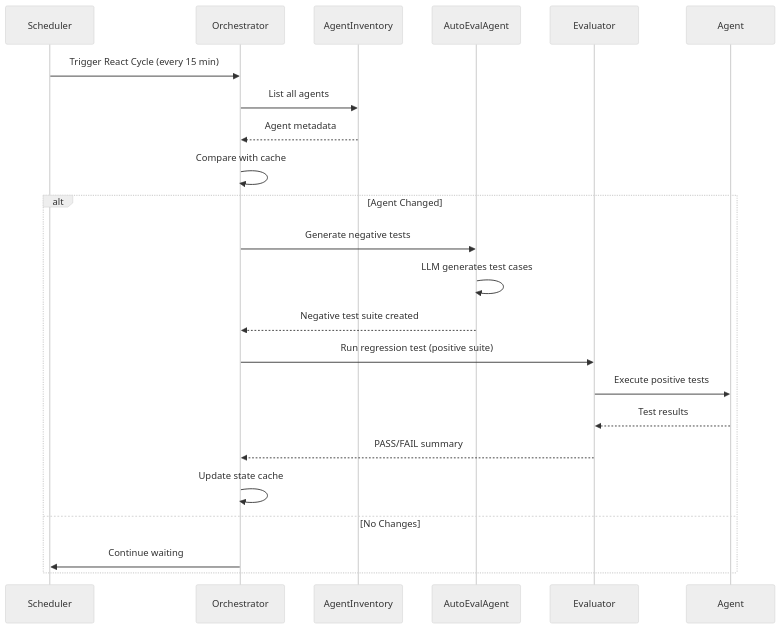
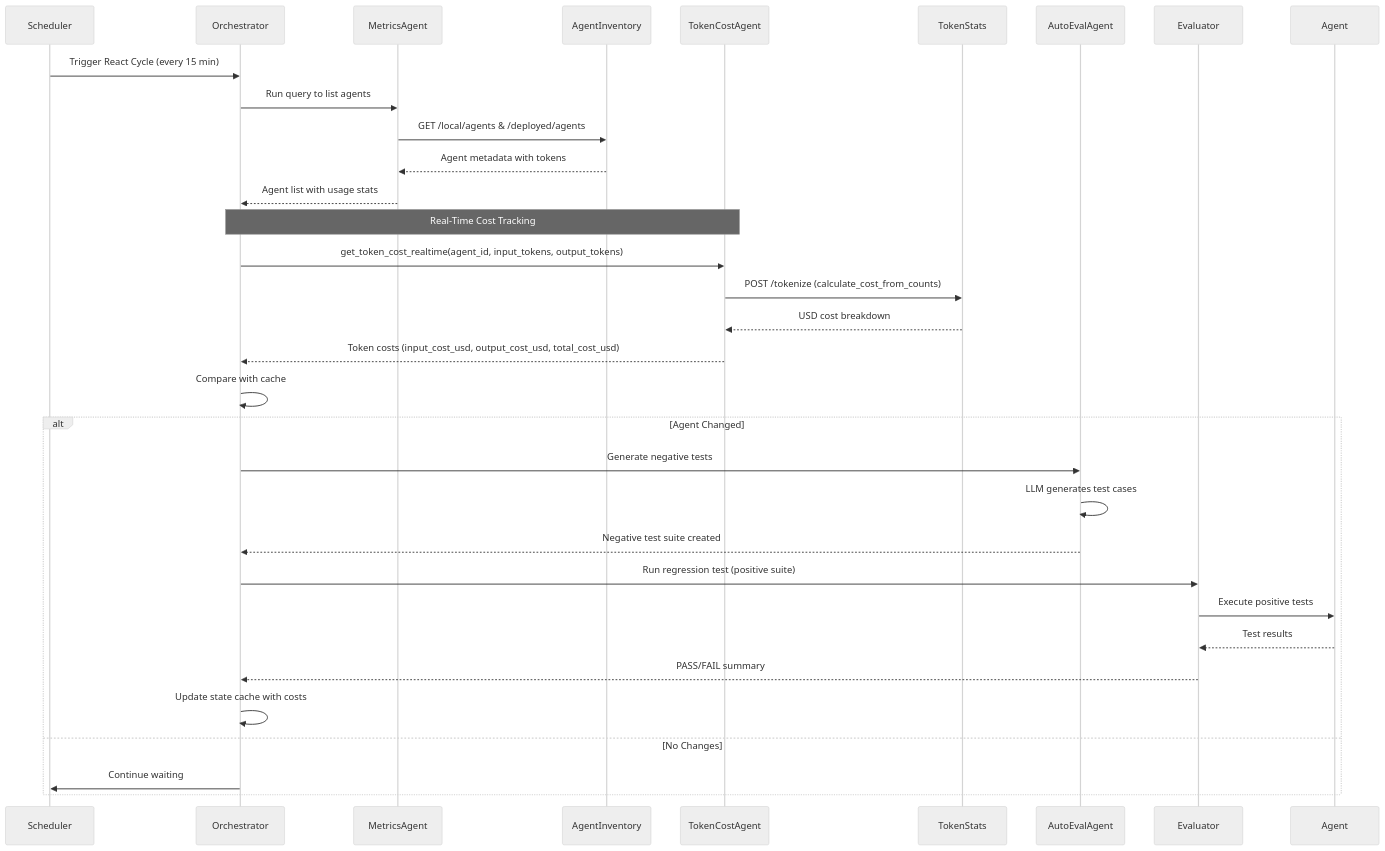
Before and after one commit to nareshsaladi2024/CortexMetaAgent: the fourth of 4 diagrams in CAPSTONE_PROJECT.md, drawn with Mermaid (neutral theme). The commit also changed other lines of this file and 28 other files, not shown here.

````diff
--- a/CAPSTONE_PROJECT.md
+++ b/CAPSTONE_PROJECT.md
@@ -212,29 +281,41 @@
 ```mermaid
 sequenceDiagram
     participant Scheduler
     participant Orchestrator
+    participant MetricsAgent
     participant AgentInventory
+    participant TokenCostAgent
+    participant TokenStats
     participant AutoEvalAgent
     participant Evaluator
     participant Agent
     
     Scheduler->>Orchestrator: Trigger React Cycle (every 15 min)
-    Orchestrator->>AgentInventory: List all agents
-    AgentInventory-->>Orchestrator: Agent metadata
+    Orchestrator->>MetricsAgent: Run query to list agents
+    MetricsAgent->>AgentInventory: GET /local/agents & /deployed/agents
+    AgentInventory-->>MetricsAgent: Agent metadata with tokens
+    MetricsAgent-->>Orchestrator: Agent list with usage stats
+    
+    Note over Orchestrator,TokenCostAgent: Real-Time Cost Tracking
+    Orchestrator->>TokenCostAgent: get_token_cost_realtime(agent_id, input_tokens, output_tokens)
+    TokenCostAgent->>TokenStats: POST /tokenize (calculate_cost_from_counts)
+    TokenStats-->>TokenCostAgent: USD cost breakdown
+    TokenCostAgent-->>Orchestrator: Token costs (input_cost_usd, output_cost_usd, total_cost_usd)
+    
     Orchestrator->>Orchestrator: Compare with cache
     
     alt Agent Changed
         Orchestrator->>AutoEvalAgent: Generate negative tests
         AutoEvalAgent->>AutoEvalAgent: LLM generates test cases
         AutoEvalAgent-->>Orchestrator: Negative test suite created
         
         Orchestrator->>Evaluator: Run regression test (positive suite)
         Evaluator->>Agent: Execute positive tests
         Agent-->>Evaluator: Test results
         Evaluator-->>Orchestrator: PASS/FAIL summary
         
-        Orchestrator->>Orchestrator: Update state cache
+        Orchestrator->>Orchestrator: Update state cache with costs
     else No Changes
         Orchestrator->>Scheduler: Continue waiting
     end
 ```
````
